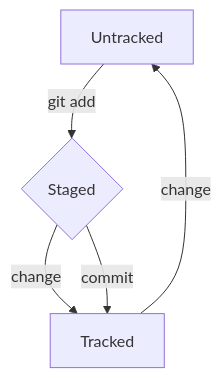
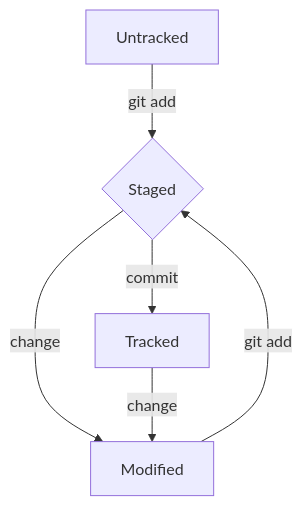
The diagram in README.md (grigioo/git_introduction), drawn with Mermaid before and after one commit.

Commit message:
Протестировать баги 6.

````diff
--- a/README.md
+++ b/README.md
@@ -218,7 +218,8 @@
 ```mermaid
 flowchart TD;
 	A[Untracked] -- git add --> B{Staged};
 	B -- change --> C[Modified];
-	B -- commit --> C[Tracked];
-	C -- change --> A; 
+	B -- commit --> D[Tracked];
+	C -- git add --> B;
+	D -- change --> C; 
 ```
````
